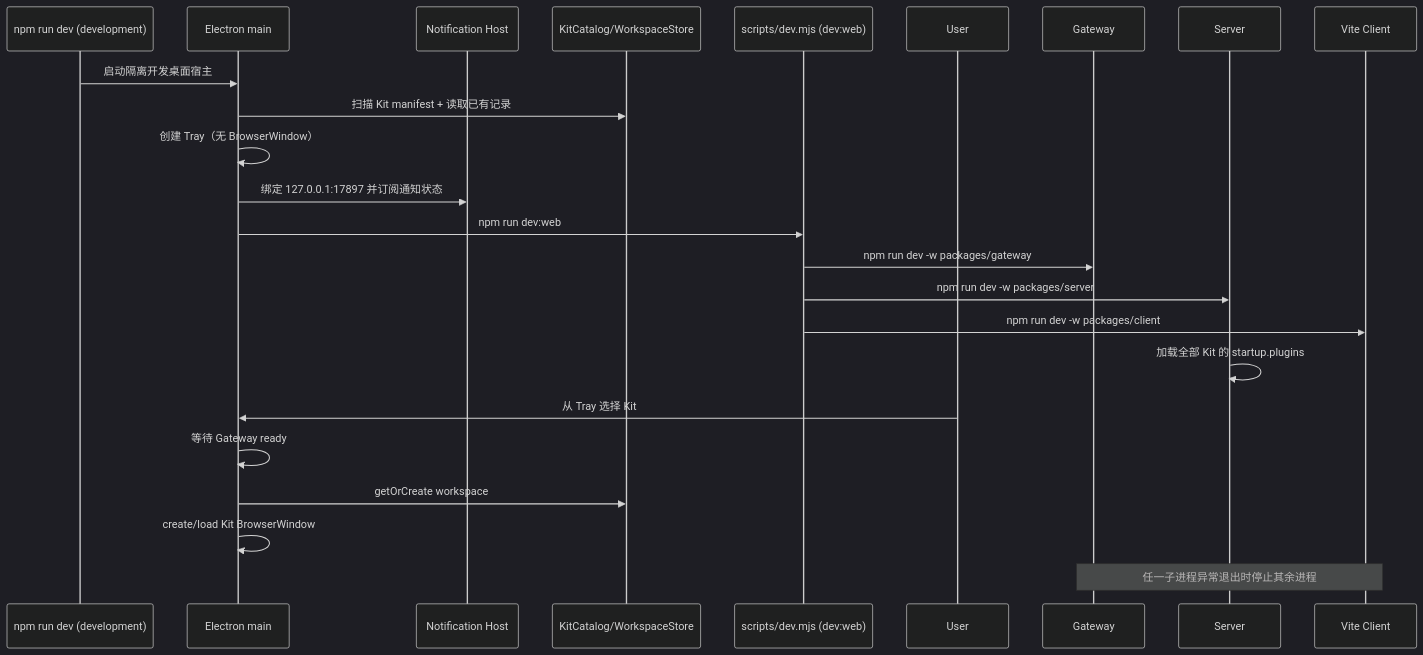
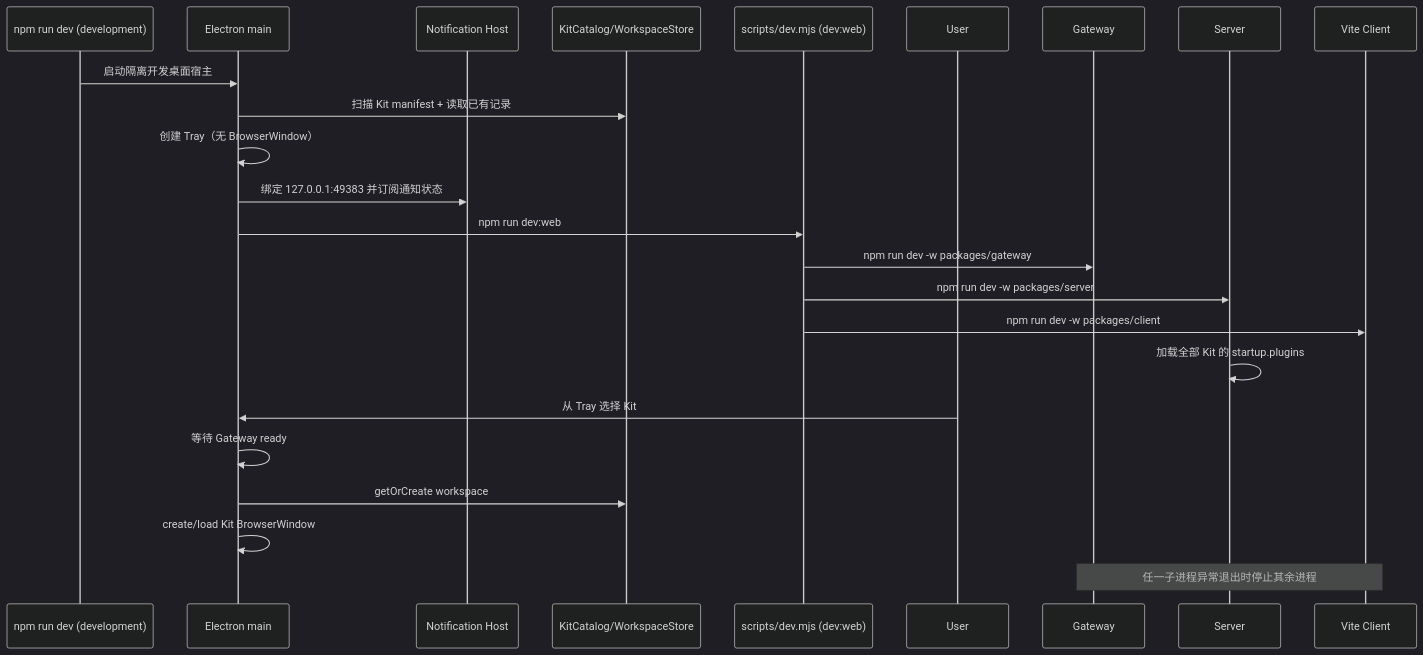
The first of 4 diagrams in docs/architecture/runtime-flows.md (itharbors/harbors), drawn with Mermaid (dark theme) before and after one commit. The commit also changed other lines of this file and 23 other files, not shown here.

````diff
--- a/docs/architecture/runtime-flows.md
+++ b/docs/architecture/runtime-flows.md
@@ -8,26 +8,26 @@
 ```mermaid
 sequenceDiagram
     participant CLI as npm run dev (development)
     participant E as Electron main
     participant N as Notification Host
     participant K as KitCatalog/WorkspaceStore
     participant Web as scripts/dev.mjs (dev:web)
     participant U as User
     participant G as Gateway
     participant S as Server
     participant C as Vite Client
     CLI->>E: 启动隔离开发桌面宿主
     E->>K: 扫描 Kit manifest + 读取已有记录
     E->>E: 创建 Tray（无 BrowserWindow）
-    E->>N: 绑定 127.0.0.1:17897 并订阅通知状态
+    E->>N: 绑定 127.0.0.1:49383 并订阅通知状态
     E->>Web: npm run dev:web
     Web->>G: npm run dev -w packages/gateway
     Web->>S: npm run dev -w packages/server
     Web->>C: npm run dev -w packages/client
     S->>S: 加载全部 Kit 的 startup.plugins
     U->>E: 从 Tray 选择 Kit
     E->>E: 等待 Gateway ready
     E->>K: getOrCreate workspace
     E->>E: create/load Kit BrowserWindow
     Note over G,C: 任一子进程异常退出时停止其余进程
 ```
````
